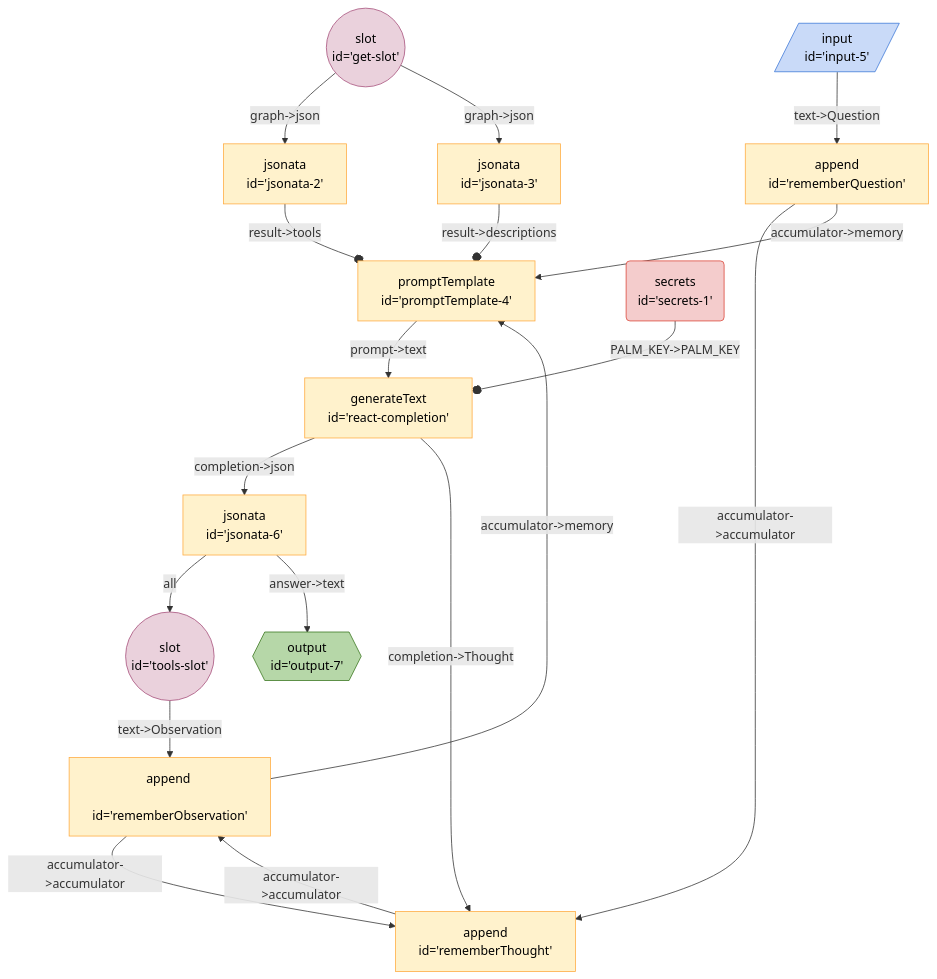
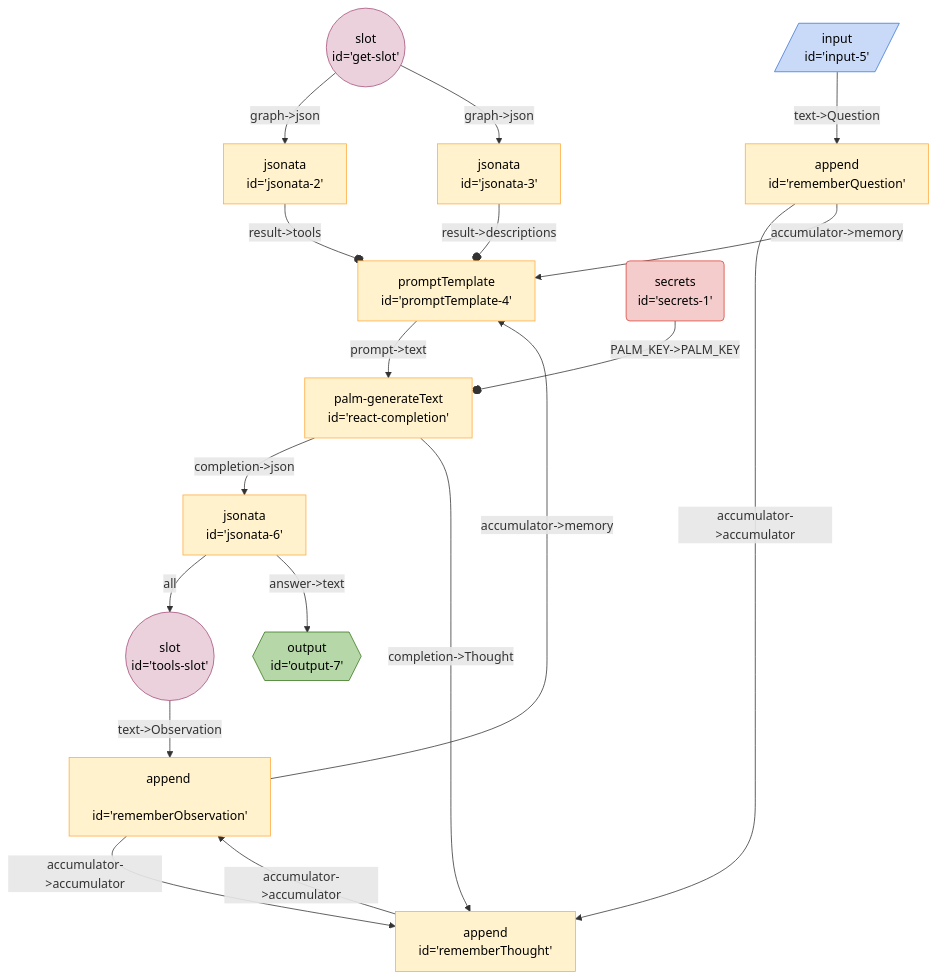
The diagram in seeds/graph-playground/docs/graphs/react-with-slot.md (breadboard-ai/breadboard), drawn with Mermaid before and after one commit. The commit also changed 55 other files, not shown here.

````diff
--- a/seeds/graph-playground/docs/graphs/react-with-slot.md
+++ b/seeds/graph-playground/docs/graphs/react-with-slot.md
@@ -5,29 +5,29 @@
   ```mermaid
   %%{init: 'themeVariables': { 'fontFamily': 'Fira Code, monospace' }}%%
 graph TD;
 getslot(("slot <br> id='get-slot'")):::slot -- "graph->json" --> jsonata2["jsonata <br> id='jsonata-2'"]
 getslot(("slot <br> id='get-slot'")):::slot -- "graph->json" --> jsonata3["jsonata <br> id='jsonata-3'"]
 jsonata3["jsonata <br> id='jsonata-3'"] -- "result->descriptions" --o promptTemplate4["promptTemplate <br> id='promptTemplate-4'"]
 jsonata2["jsonata <br> id='jsonata-2'"] -- "result->tools" --o promptTemplate4["promptTemplate <br> id='promptTemplate-4'"]
 rememberObservation["append <br> id='rememberObservation'"] -- "accumulator->memory" --> promptTemplate4["promptTemplate <br> id='promptTemplate-4'"]
 rememberThought["append <br> id='rememberThought'"] -- "accumulator->accumulator" --> rememberObservation["append <br> id='rememberObservation'"]
 rememberObservation["append <br> id='rememberObservation'"] -- "accumulator->accumulator" --> rememberThought["append <br> id='rememberThought'"]
 rememberQuestion["append <br> id='rememberQuestion'"] -- "accumulator->accumulator" --> rememberThought["append <br> id='rememberThought'"]
 rememberQuestion["append <br> id='rememberQuestion'"] -- "accumulator->memory" --> promptTemplate4["promptTemplate <br> id='promptTemplate-4'"]
 input5[/"input <br> id='input-5'"/]:::input -- "text->Question" --> rememberQuestion["append <br> id='rememberQuestion'"]
-secrets1("secrets <br> id='secrets-1'"):::secrets -- "PALM_KEY->PALM_KEY" --o reactcompletion["generateText <br> id='react-completion'"]
+secrets1("secrets <br> id='secrets-1'"):::secrets -- "PALM_KEY->PALM_KEY" --o reactcompletion["palm-generateText <br> id='react-completion'"]
 toolsslot(("slot <br> id='tools-slot'")):::slot -- "text->Observation" --> rememberObservation["append <br> id='rememberObservation'"]
 jsonata6["jsonata <br> id='jsonata-6'"] -- all --> toolsslot(("slot <br> id='tools-slot'")):::slot
 jsonata6["jsonata <br> id='jsonata-6'"] -- "answer->text" --> output7{{"output <br> id='output-7'"}}:::output
-reactcompletion["generateText <br> id='react-completion'"] -- "completion->json" --> jsonata6["jsonata <br> id='jsonata-6'"]
-reactcompletion["generateText <br> id='react-completion'"] -- "completion->Thought" --> rememberThought["append <br> id='rememberThought'"]
-promptTemplate4["promptTemplate <br> id='promptTemplate-4'"] -- "prompt->text" --> reactcompletion["generateText <br> id='react-completion'"]
+reactcompletion["palm-generateText <br> id='react-completion'"] -- "completion->json" --> jsonata6["jsonata <br> id='jsonata-6'"]
+reactcompletion["palm-generateText <br> id='react-completion'"] -- "completion->Thought" --> rememberThought["append <br> id='rememberThought'"]
+promptTemplate4["promptTemplate <br> id='promptTemplate-4'"] -- "prompt->text" --> reactcompletion["palm-generateText <br> id='react-completion'"]
 classDef default stroke:#ffab40,fill:#fff2ccff,color:#000
 classDef input stroke:#3c78d8,fill:#c9daf8ff,color:#000
 classDef output stroke:#38761d,fill:#b6d7a8ff,color:#000
 classDef passthrough stroke:#a64d79,fill:#ead1dcff,color:#000
 classDef slot stroke:#a64d79,fill:#ead1dcff,color:#000
 classDef config stroke:#a64d79,fill:#ead1dcff,color:#000
 classDef secrets stroke:#db4437,fill:#f4cccc,color:#000
 classDef slotted stroke:#a64d79
   ```
````
